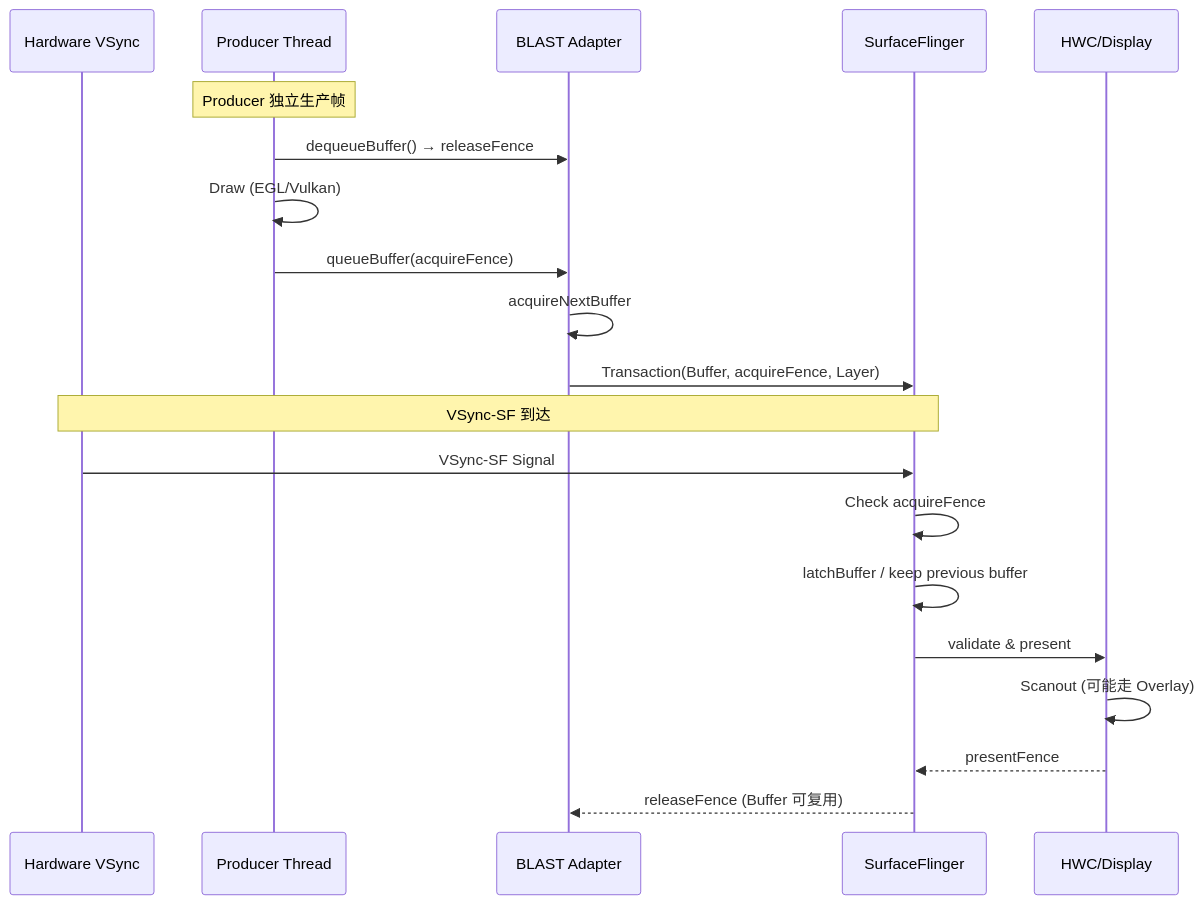
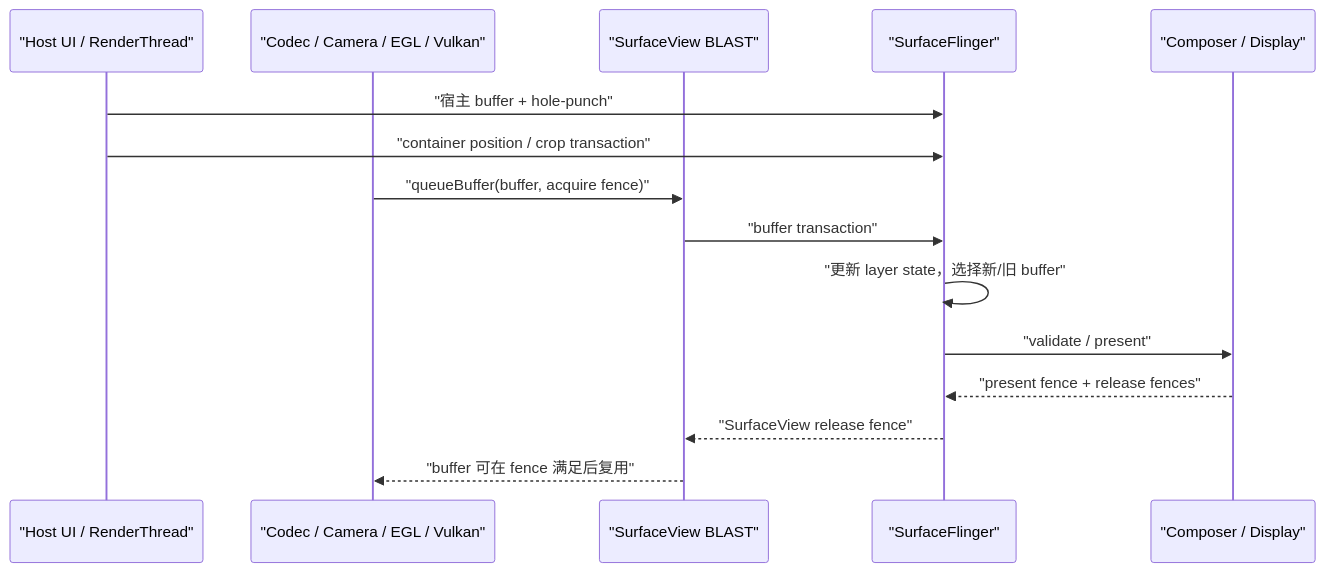
Before and after one commit to Gracker/android-internals-wiki: the diagram in src/part2-performance/ch18-rendering-pipelines/06-surfaceview.md, drawn with Mermaid. The commit also changed other lines of this file, not shown here.

Commit message:
docs(rendering): rebuild Android 17 SurfaceView pipeline

````diff
--- a/src/part2-performance/ch18-rendering-pipelines/06-surfaceview.md
+++ b/src/part2-performance/ch18-rendering-pipelines/06-surfaceview.md
@@ -227,25 +237,18 @@
 ```mermaid
 sequenceDiagram
-    participant HW as Hardware VSync
-    participant PT as Producer Thread
-    participant BBQ as BLAST Adapter
-    participant SF as SurfaceFlinger
-    participant HWC as HWC/Display
+    participant Host as "Host UI / RenderThread"
+    participant Producer as "Codec / Camera / EGL / Vulkan"
+    participant BLAST as "SurfaceView BLAST"
+    participant SF as "SurfaceFlinger"
+    participant HWC as "Composer / Display"
 
-    Note over PT: Producer 独立生产帧
-    PT->>BBQ: dequeueBuffer() → releaseFence
-    PT->>PT: Draw (EGL/Vulkan)
-    PT->>BBQ: queueBuffer(acquireFence)
-    
-    BBQ->>BBQ: acquireNextBuffer
-    BBQ->>SF: Transaction(Buffer, acquireFence, Layer)
-    
-    Note over HW, SF: VSync-SF 到达
-    HW->>SF: VSync-SF Signal
-    SF->>SF: Check acquireFence
-    SF->>SF: latchBuffer / keep previous buffer
-    SF->>HWC: validate & present
-    HWC->>HWC: Scanout (可能走 Overlay)
-    HWC-->>SF: presentFence
-    SF-->>BBQ: releaseFence (Buffer 可复用)
+    Host->>SF: "宿主 buffer + hole-punch"
+    Host->>SF: "container position / crop transaction"
+    Producer->>BLAST: "queueBuffer(buffer, acquire fence)"
+    BLAST->>SF: "buffer transaction"
+    SF->>SF: "更新 layer state，选择新/旧 buffer"
+    SF->>HWC: "validate / present"
+    HWC-->>SF: "present fence + release fences"
+    SF-->>BLAST: "SurfaceView release fence"
+    BLAST-->>Producer: "buffer 可在 fence 满足后复用"
 ```
````
